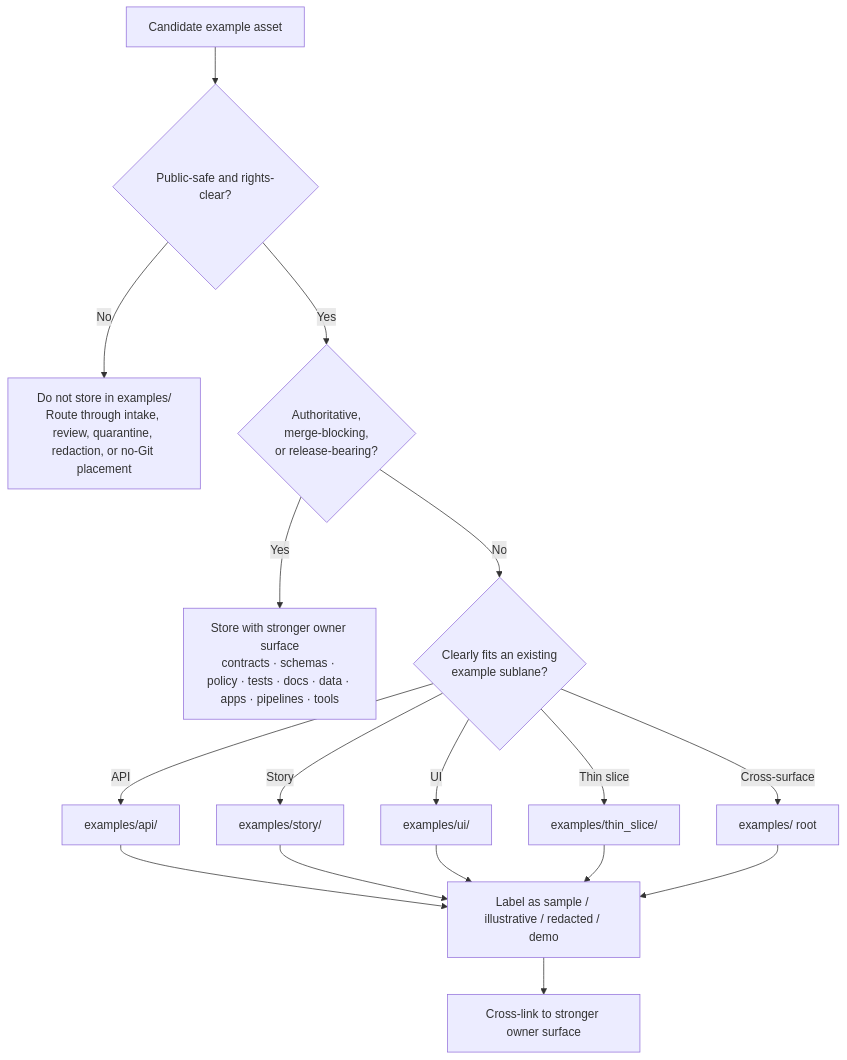
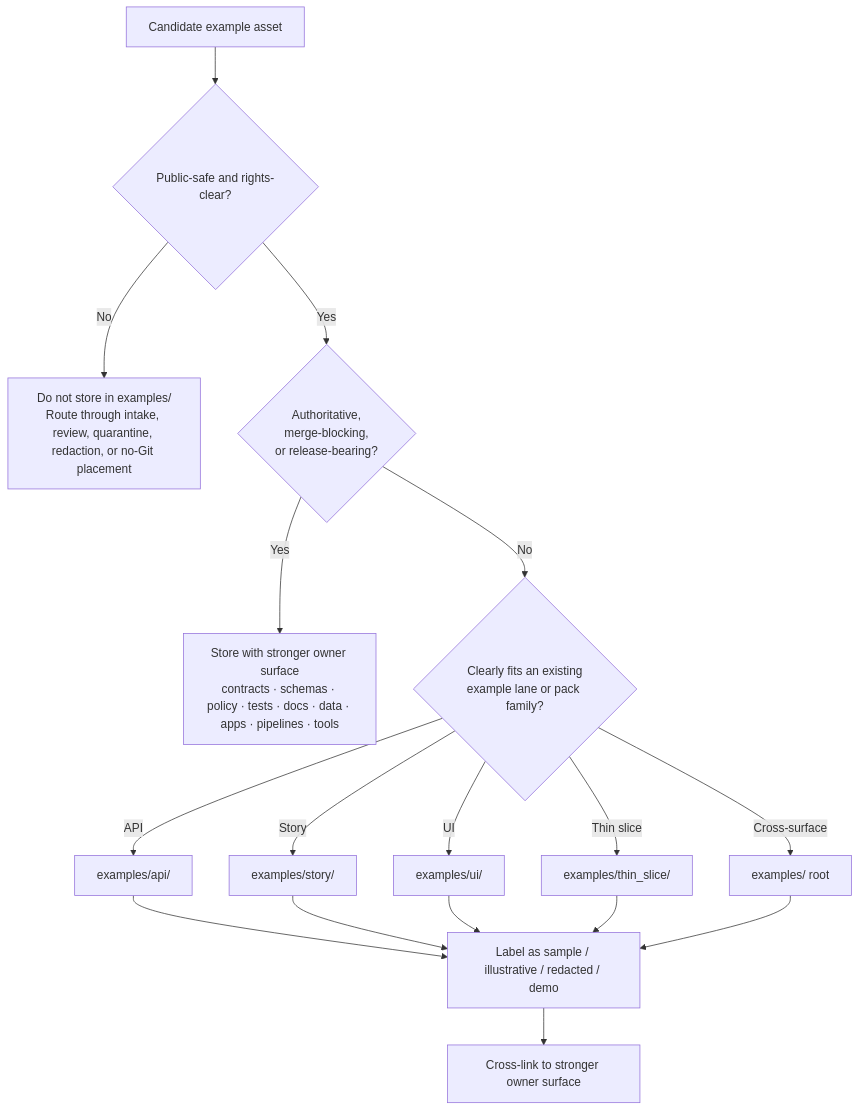
One commit to bartytime4life/Kansas-Frontier-Matrix changed the diagram in examples/README.md. Above: the diagram before and after it, drawn with Mermaid. The commit also changed other lines of this file, not shown here.

````diff
--- a/examples/README.md
+++ b/examples/README.md
@@ -340,19 +379,19 @@
 ```mermaid
 flowchart TD
     A[Candidate example asset] --> B{Public-safe and rights-clear?}
     B -- No --> X[Do not store in examples/<br/>Route through intake, review, quarantine, redaction, or no-Git placement]
     B -- Yes --> C{Authoritative,<br/>merge-blocking,<br/>or release-bearing?}
     C -- Yes --> Y[Store with stronger owner surface<br/>contracts · schemas · policy · tests · docs · data · apps · pipelines · tools]
-    C -- No --> D{Clearly fits an existing<br/>example sublane?}
+    C -- No --> D{Clearly fits an existing<br/>example lane or pack family?}
     D -- API --> E[examples/api/]
     D -- Story --> F[examples/story/]
     D -- UI --> G[examples/ui/]
     D -- Thin slice --> H[examples/thin_slice/]
     D -- Cross-surface --> I[examples/ root]
     E --> J[Label as sample / illustrative / redacted / demo]
     F --> J
     G --> J
     H --> J
     I --> J
     J --> K[Cross-link to stronger owner surface]
 ```
````
